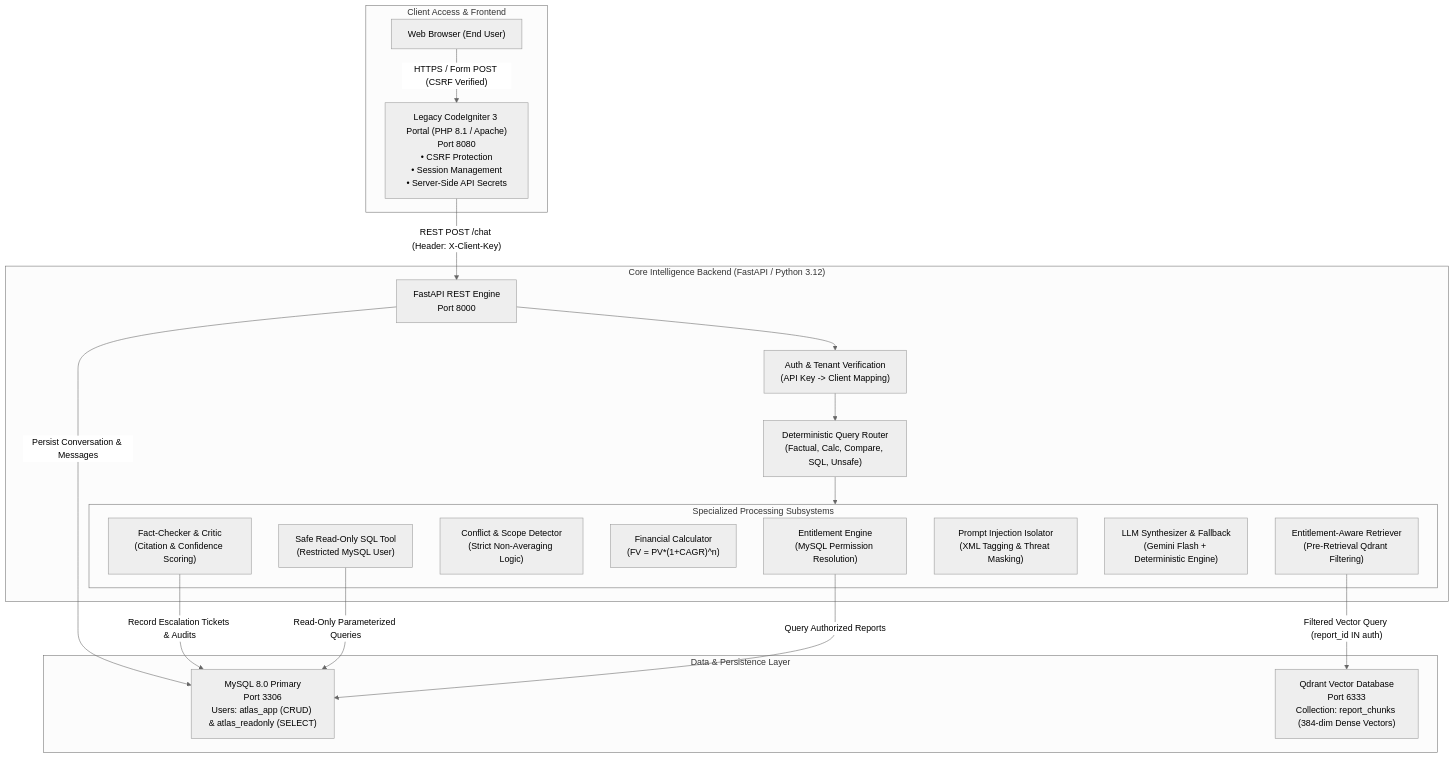
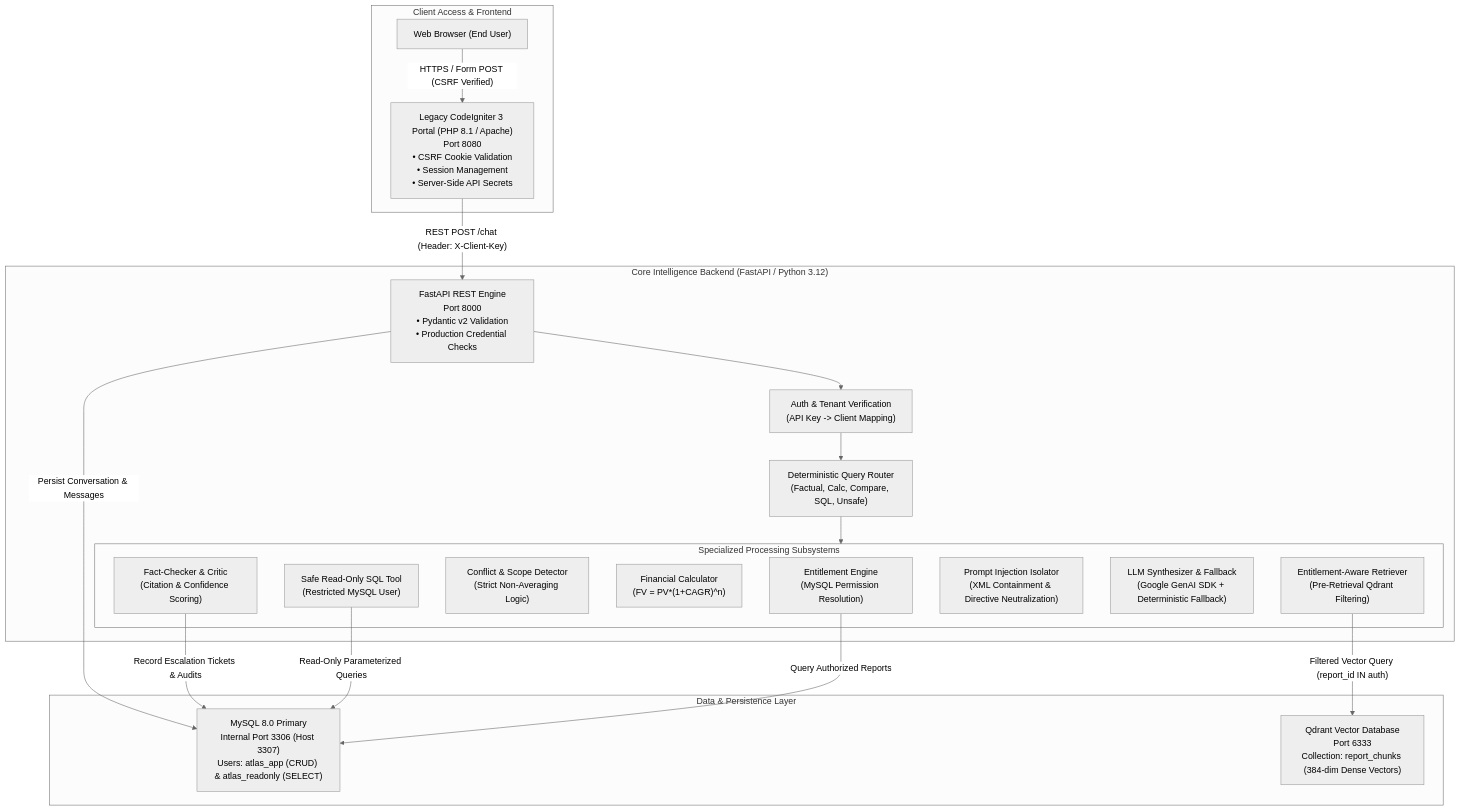
Before and after one commit to Sushant-shringi/project-atlas: the first of 2 diagrams in README.md, drawn with Mermaid (neutral theme). The commit also changed other lines of this file and 3 other files, not shown here.

````diff
--- a/README.md
+++ b/README.md
@@ -19,45 +23,45 @@
 ```mermaid
 flowchart TB
     subgraph ClientLayer ["Client Access & Frontend"]
         UserBrowser["Web Browser (End User)"]
-        CI3Portal["Legacy CodeIgniter 3 Portal (PHP 8.1 / Apache)<br/>Port 8080<br/>• CSRF Protection<br/>• Session Management<br/>• Server-Side API Secrets"]
+        CI3Portal["Legacy CodeIgniter 3 Portal (PHP 8.1 / Apache)<br/>Port 8080<br/>• CSRF Cookie Validation<br/>• Session Management<br/>• Server-Side API Secrets"]
     end
 
     subgraph APILayer ["Core Intelligence Backend (FastAPI / Python 3.12)"]
-        FastAPIApp["FastAPI REST Engine<br/>Port 8000"]
+        FastAPIApp["FastAPI REST Engine<br/>Port 8000<br/>• Pydantic v2 Validation<br/>• Production Credential Checks"]
         AuthFilter["Auth & Tenant Verification<br/>(API Key -> Client Mapping)"]
         Router["Deterministic Query Router<br/>(Factual, Calc, Compare, SQL, Unsafe)"]
         
         subgraph ProcessingEngines ["Specialized Processing Subsystems"]
             EntitlementEngine["Entitlement Engine<br/>(MySQL Permission Resolution)"]
             RetrievalEngine["Entitlement-Aware Retriever<br/>(Pre-Retrieval Qdrant Filtering)"]
             ConflictEngine["Conflict & Scope Detector<br/>(Strict Non-Averaging Logic)"]
             CalcEngine["Financial Calculator<br/>(FV = PV*(1+CAGR)^n)"]
             SQLTool["Safe Read-Only SQL Tool<br/>(Restricted MySQL User)"]
-            DefenseEngine["Prompt Injection Isolator<br/>(XML Tagging & Threat Masking)"]
-            LLMService["LLM Synthesizer & Fallback<br/>(Gemini Flash + Deterministic Engine)"]
+            DefenseEngine["Prompt Injection Isolator<br/>(XML Containment & Directive Neutralization)"]
+            LLMService["LLM Synthesizer & Fallback<br/>(Google GenAI SDK + Deterministic Fallback)"]
             CriticEngine["Fact-Checker & Critic<br/>(Citation & Confidence Scoring)"]
         end
     end
 
     subgraph DataLayer ["Data & Persistence Layer"]
-        MySQLPrimary["MySQL 8.0 Primary<br/>Port 3306<br/>Users: atlas_app (CRUD) & atlas_readonly (SELECT)"]
+        MySQLPrimary["MySQL 8.0 Primary<br/>Internal Port 3306 (Host 3307)<br/>Users: atlas_app (CRUD) & atlas_readonly (SELECT)"]
         QdrantDB["Qdrant Vector Database<br/>Port 6333<br/>Collection: report_chunks (384-dim Dense Vectors)"]
     end
 
     %% Client to CI3
     UserBrowser -->|"HTTPS / Form POST (CSRF Verified)"| CI3Portal
 
     %% CI3 to API
     CI3Portal -->|"REST POST /chat (Header: X-Client-Key)"| FastAPIApp
 
     %% API Internal Pipeline
     FastAPIApp --> AuthFilter
     AuthFilter --> Router
     Router --> ProcessingEngines
     EntitlementEngine -->|"Query Authorized Reports"| MySQLPrimary
     RetrievalEngine -->|"Filtered Vector Query (report_id IN auth)"| QdrantDB
     SQLTool -->|"Read-Only Parameterized Queries"| MySQLPrimary
     CriticEngine -->|"Record Escalation Tickets & Audits"| MySQLPrimary
     FastAPIApp -->|"Persist Conversation & Messages"| MySQLPrimary
 ```
````
